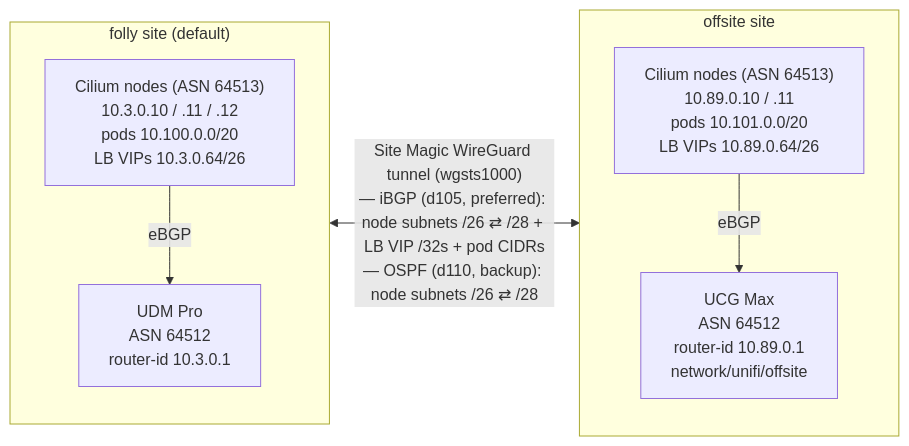
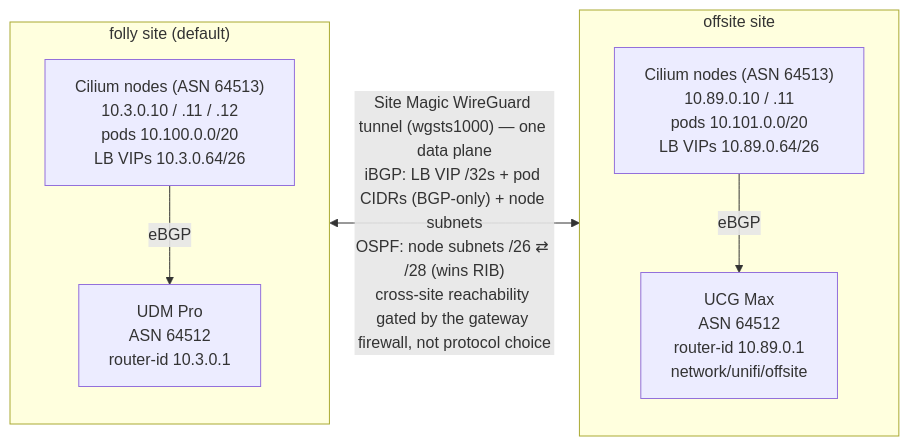
Before and after one commit to jonpulsifer/infra: the diagram in network/unifi/folly/README.md, drawn with Mermaid. The commit also changed other lines of this file and 4 other files, not shown here.

First line of the commit message:
unifi: document firewall-gated cross-site reachability; drop BGP distance no-op

````diff
--- a/network/unifi/folly/README.md
+++ b/network/unifi/folly/README.md
@@ -29,18 +38,18 @@
 ```mermaid
 flowchart LR
     subgraph folly["folly site (default)"]
         direction TB
         udm["UDM Pro<br/>ASN 64512<br/>router-id 10.3.0.1"]
         fnodes["Cilium nodes (ASN 64513)<br/>10.3.0.10 / .11 / .12<br/>pods 10.100.0.0/20<br/>LB VIPs 10.3.0.64/26"]
         fnodes -->|eBGP| udm
     end
 
     subgraph offsite["offsite site"]
         direction TB
         ucg["UCG Max<br/>ASN 64512<br/>router-id 10.89.0.1<br/>network/unifi/offsite"]
         onodes["Cilium nodes (ASN 64513)<br/>10.89.0.10 / .11<br/>pods 10.101.0.0/20<br/>LB VIPs 10.89.0.64/26"]
         onodes -->|eBGP| ucg
     end
 
-    udm <-->|"Site Magic WireGuard tunnel (wgsts1000)<br/>— iBGP (d105, preferred): node subnets /26 ⇄ /28 + LB VIP /32s + pod CIDRs<br/>— OSPF (d110, backup): node subnets /26 ⇄ /28"| ucg
+    udm <-->|"Site Magic WireGuard tunnel (wgsts1000) — one data plane<br/>iBGP: LB VIP /32s + pod CIDRs (BGP-only) + node subnets<br/>OSPF: node subnets /26 ⇄ /28 (wins RIB)<br/>cross-site reachability gated by the gateway firewall, not protocol choice"| ucg
 ```
````
